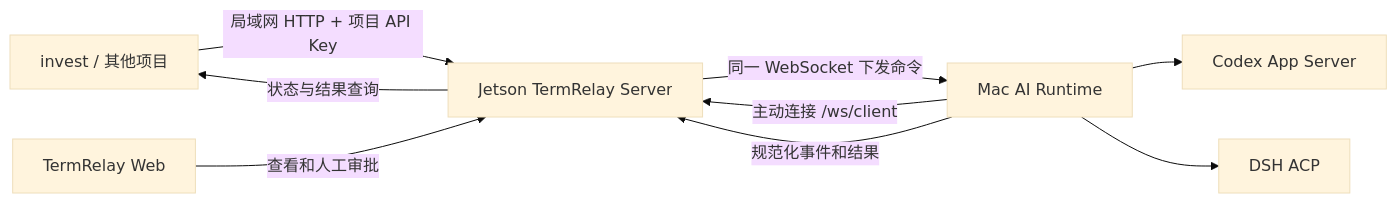
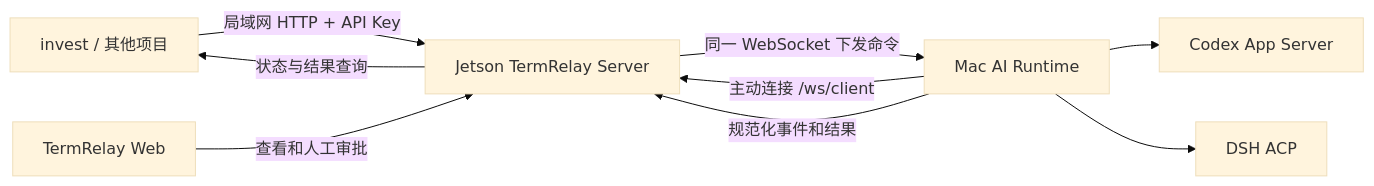
One commit to wangweijia/TermRelay changed the diagram in docs/AI_SERVICE_DESIGN.md. Above: the diagram before and after it, drawn with Mermaid (base theme). The commit also changed other lines of this file and 10 other files, not shown here.

Commit message:
api key 优化创建逻辑

````diff
--- a/docs/AI_SERVICE_DESIGN.md
+++ b/docs/AI_SERVICE_DESIGN.md
@@ -34,11 +34,11 @@
 ```mermaid
 flowchart LR
-    Client[invest / 其他项目] -->|局域网 HTTP + 项目 API Key| Server[Jetson TermRelay Server]
+    Client[invest / 其他项目] -->|局域网 HTTP + API Key| Server[Jetson TermRelay Server]
     Mac[Mac AI Runtime] -->|主动连接 /ws/client| Server
     Server -->|同一 WebSocket 下发命令| Mac
     Mac --> Codex[Codex App Server]
     Mac --> DSH[DSH ACP]
     Mac -->|规范化事件和结果| Server
     Server -->|状态与结果查询| Client
     Web[TermRelay Web] -->|查看和人工审批| Server
 ```
````
